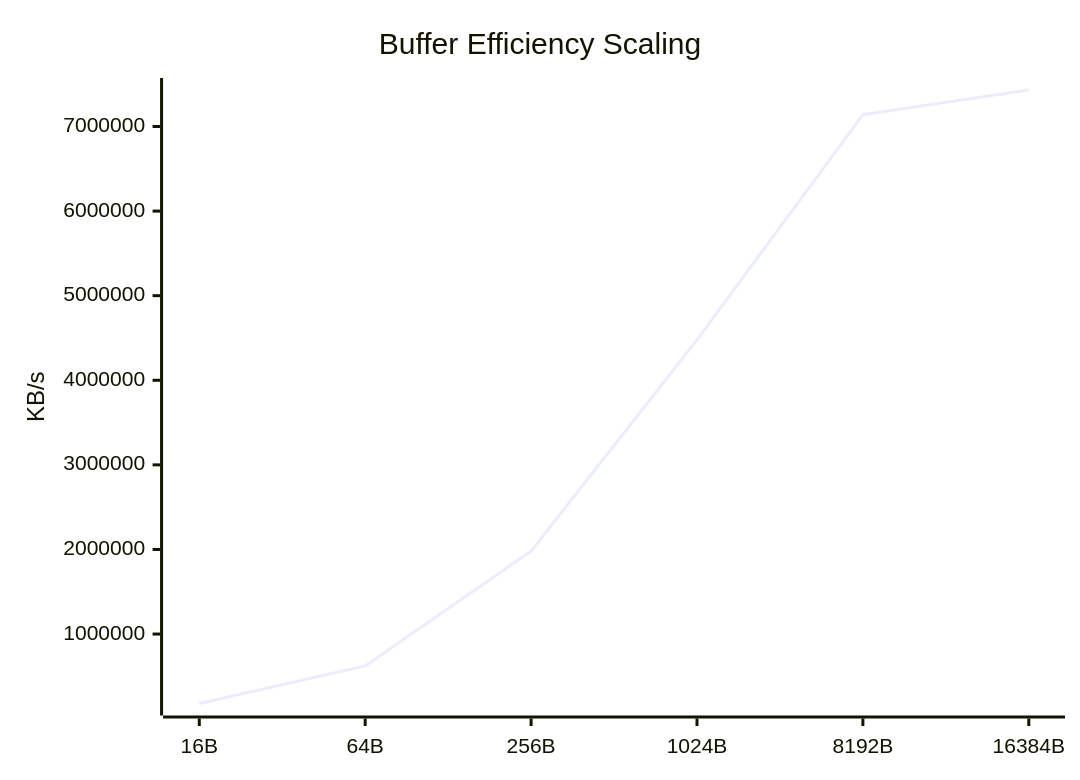
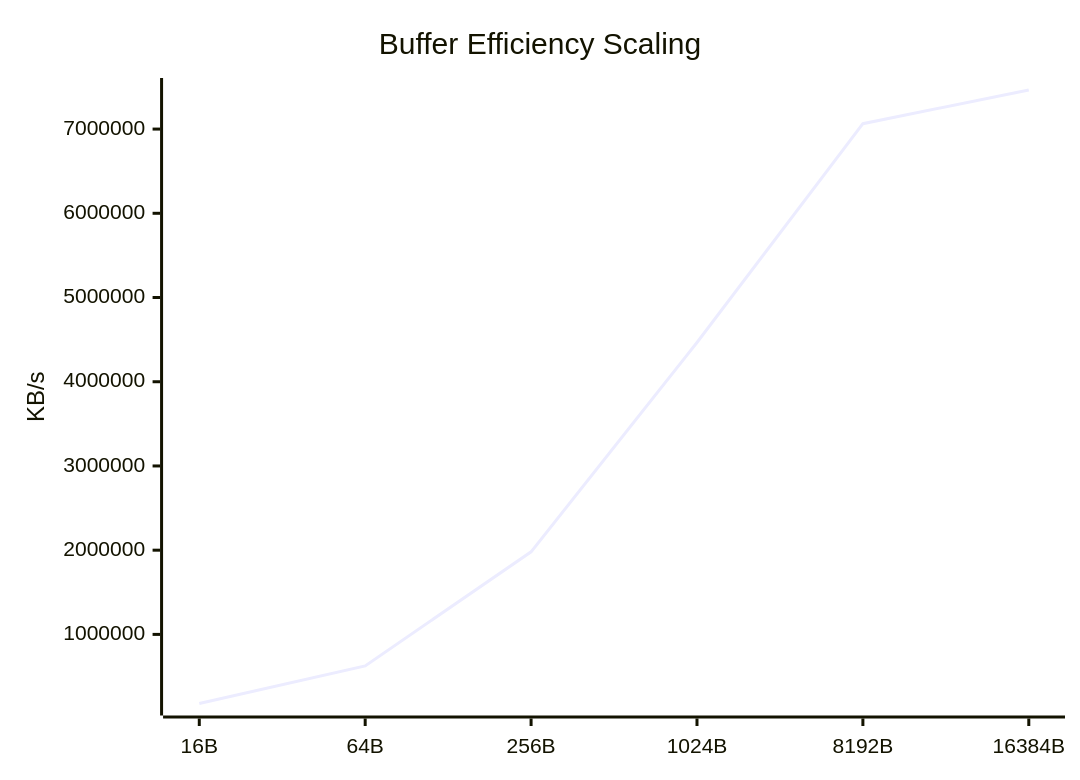
The seventh of 9 diagrams in docs/Comparison_Report.md (taha2samy/openssl_fips), drawn with Mermaid before and after one commit. The commit also changed other lines of this file and 3 other files, not shown here.

````diff
--- a/docs/Comparison_Report.md
+++ b/docs/Comparison_Report.md
@@ -110,7 +110,7 @@
 ```mermaid
 xychart-beta
     title "Buffer Efficiency Scaling"
     x-axis [16B, 64B, 256B, 1024B, 8192B, 16384B]
     y-axis "KB/s"
-    line [179037.29, 623745.41, 1979208.7, 4477504.51, 7140089.86, 7431528.45]
+    line [179541.2, 626338.02, 1980645.5, 4465583.62, 7064027.14, 7463952.38]
 ```
````
